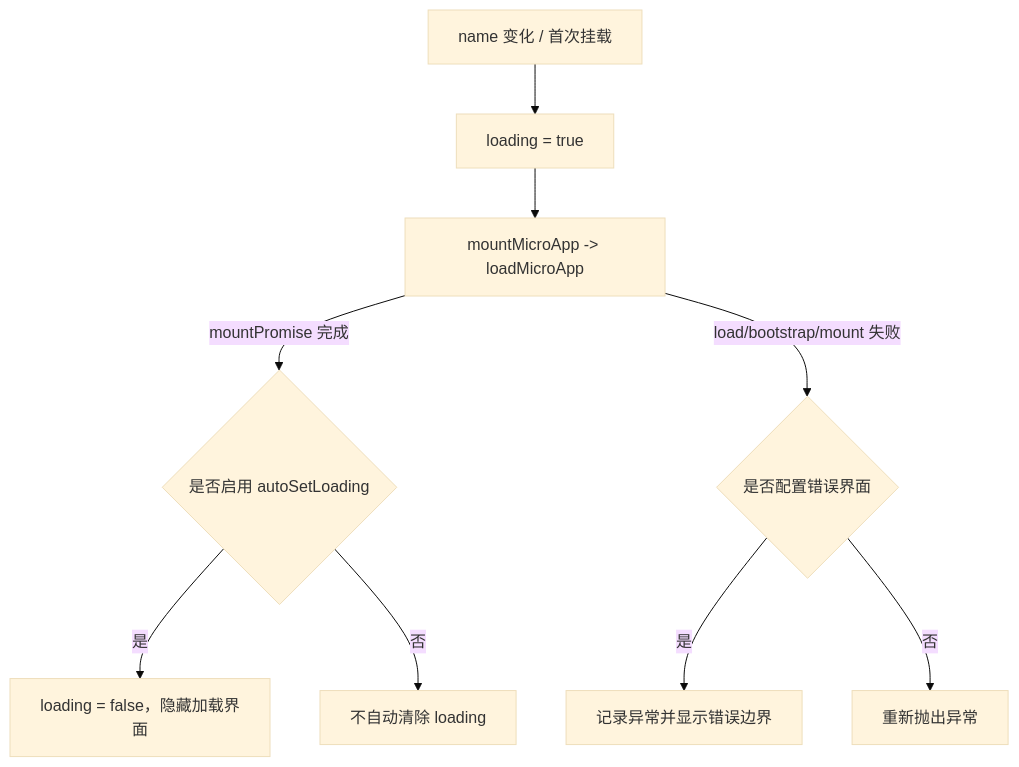
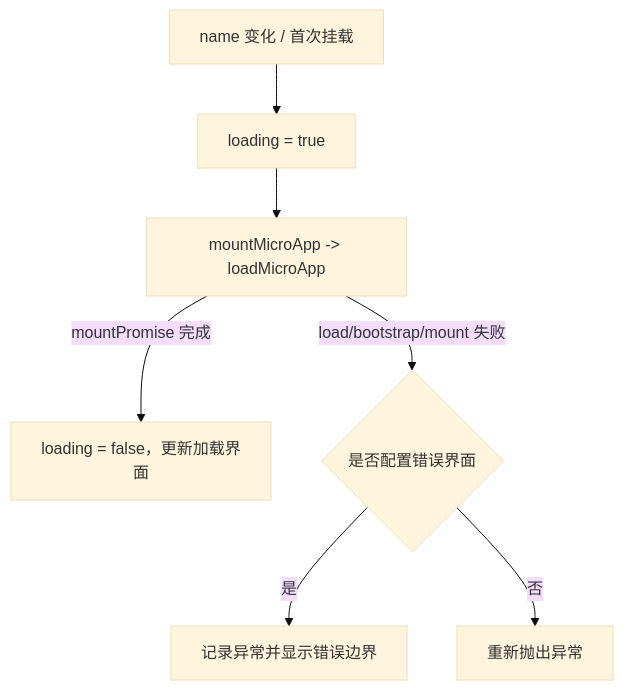
The diagram in docs/zh-CN/ecosystem/vue.md (umijs/qiankun), drawn with Mermaid (base theme) before and after one commit. The commit also changed other lines of this file and 80 other files, not shown here.

````diff
--- a/docs/zh-CN/ecosystem/vue.md
+++ b/docs/zh-CN/ecosystem/vue.md
@@ -147,11 +147,9 @@
 ```mermaid
 flowchart TD
   A[name 变化 / 首次挂载] --> B[loading = true]
   B --> C[mountMicroApp -> loadMicroApp]
-  C -->|mountPromise 完成| D{是否启用 autoSetLoading}
-  D -->|是| E[loading = false，隐藏加载界面]
-  D -->|否| F[不自动清除 loading]
+  C -->|mountPromise 完成| E[loading = false，更新加载界面]
   C -->|load/bootstrap/mount 失败| G{是否配置错误界面}
   G -->|是| H[记录异常并显示错误边界]
   G -->|否| I[重新抛出异常]
 ```
````
